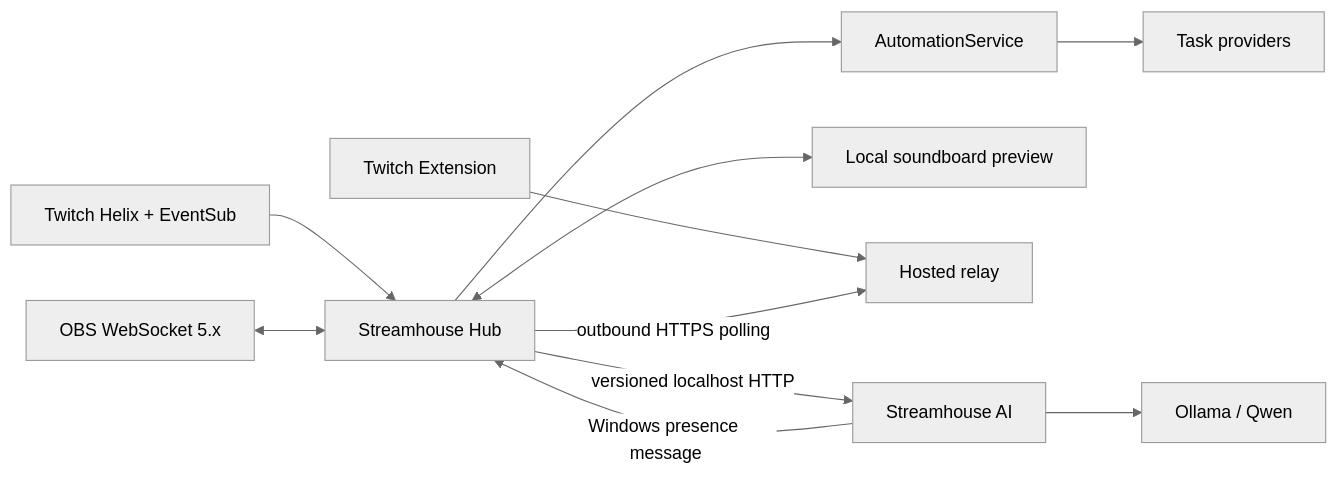
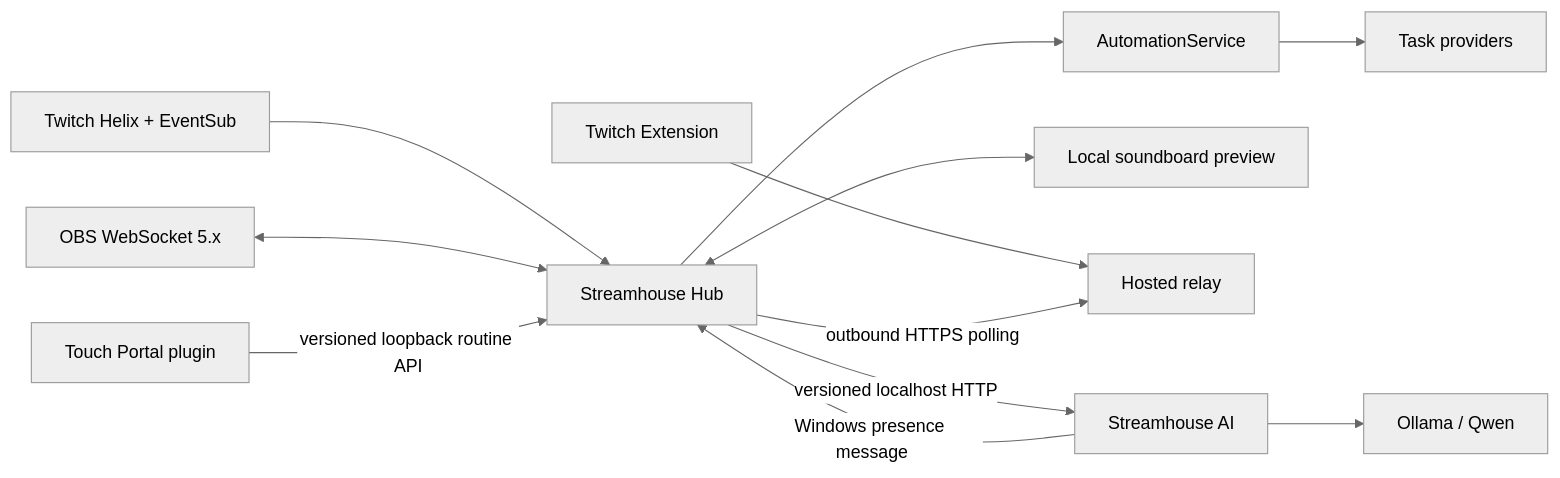
Before and after one commit to itsjusty0gurt/StreamHouse: the first of 4 diagrams in docs/architecture/overview.md, drawn with Mermaid (neutral theme). The commit also changed other lines of this file and 17 other files, not shown here.

Commit message:
Add basic Touch Portal routine integration

````diff
--- a/docs/architecture/overview.md
+++ b/docs/architecture/overview.md
@@ -70,13 +70,14 @@
 ```mermaid
 flowchart LR
     Twitch["Twitch Helix + EventSub"] --> Hub["Streamhouse Hub"]
     OBS["OBS WebSocket 5.x"] <--> Hub
     Hub --> Automation["AutomationService"]
     Automation --> Tasks["Task providers"]
     Hub <--> LocalPreview["Local soundboard preview"]
+    TouchPortal["Touch Portal plugin"] -->|"versioned loopback routine API"| Hub
     Extension["Twitch Extension"] --> Relay["Hosted relay"]
     Hub -->|"outbound HTTPS polling"| Relay
     StreamhouseAI["Streamhouse AI"] -->|"Windows presence message"| Hub
     Hub -->|"versioned localhost HTTP"| StreamhouseAI
     StreamhouseAI --> Ollama["Ollama / Qwen"]
 ```
````
